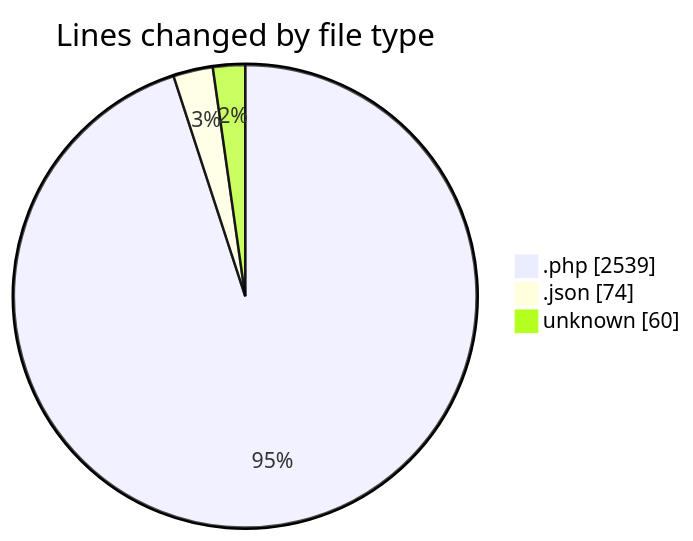
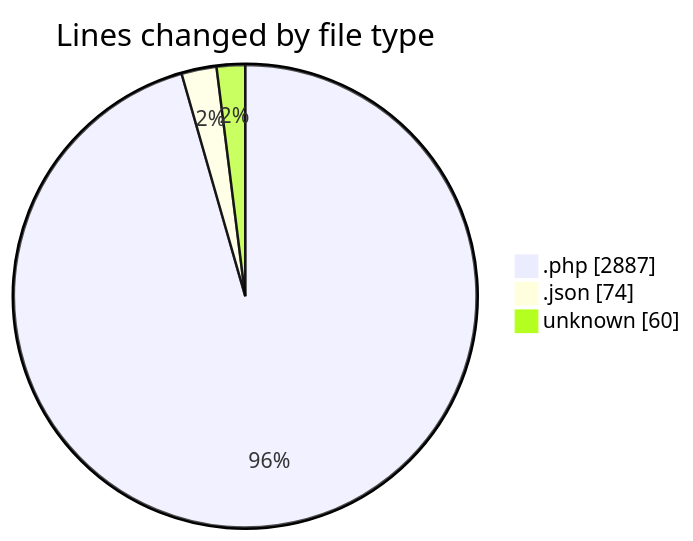
One commit to lephambinh05/code-tracking changed the first of 2 diagrams in 2025-08-19/quytuthien_vn/README.md. Above: the diagram before and after it, drawn with Mermaid. The commit also changed other lines of this file and 1 other file, not shown here.

````diff
--- a/2025-08-19/quytuthien_vn/README.md
+++ b/2025-08-19/quytuthien_vn/README.md
@@ -86,7 +93,7 @@
 ```mermaid
 pie showData
 title Lines changed by file type
-".php" : 2539
+".php" : 2887
 ".json" : 74
 "unknown" : 60
 ```
````
